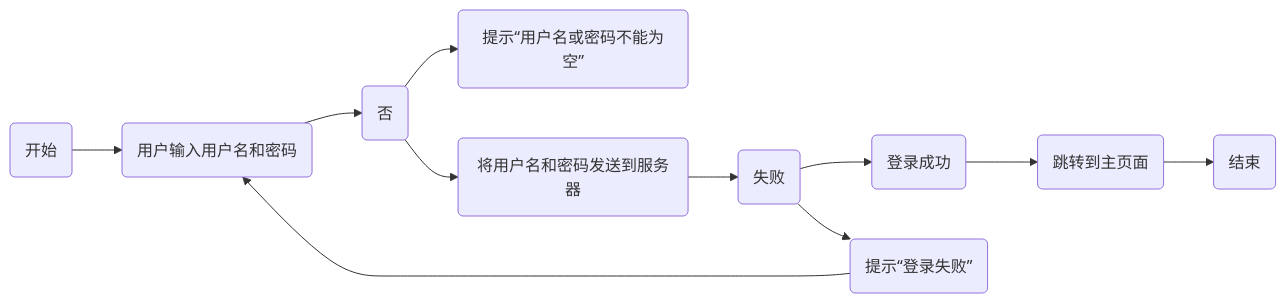
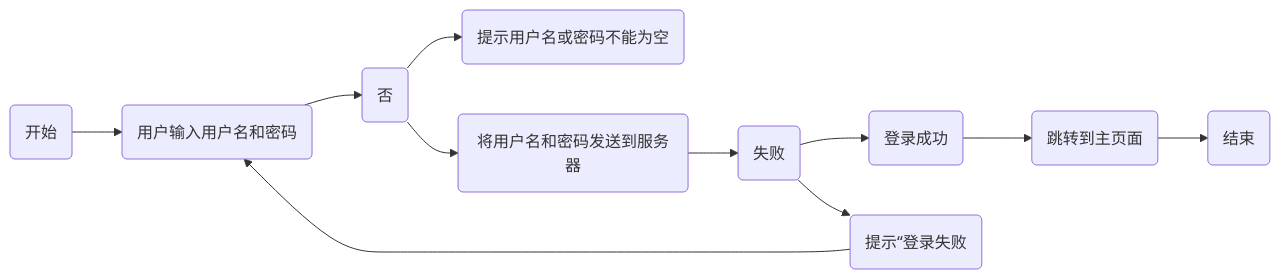
Before and after one commit to star-Triangel/iodraw-files: the diagram in all/未命名-1.md, drawn with Mermaid.

Commit message:
2024-03-28 21:55:19 update

````diff
--- a/all/未命名-1.md
+++ b/all/未命名-1.md
@@ -1,15 +1,15 @@
 ```mermaid
 graph LR
 A(开始) --> B(用户输入用户名和密码)
 B --> C(判断用户名和密码是否为空)
-C(是) --> D(提示“用户名或密码不能为空”)
+C(是) --> D(提示用户名或密码不能为空)
 C(否) --> E(将用户名和密码发送到服务器)
 E --> F(服务器验证用户名和密码)
 F(成功) --> G(登录成功)
-F(失败) --> H(提示“登录失败”)
+F(失败) --> H(提示“登录失败)
 G --> I(跳转到主页面)
 H --> B
 I --> J(结束)
 
   
 ```
````
